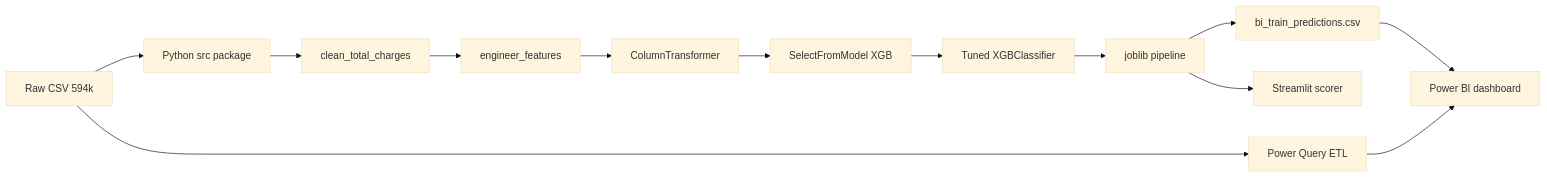
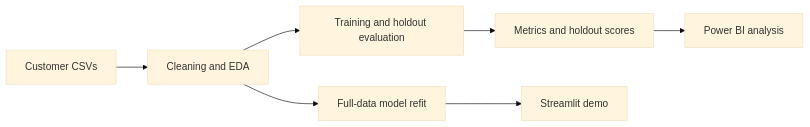
The diagram in README.md (Rickylam0303/enterprise-customer-churn), drawn with Mermaid (base theme) before and after one commit. The commit also changed other lines of this file and 61 other files, not shown here.

First line of the commit message:
Improve churn portfolio evaluation, dashboard and documentation

````diff
--- a/README.md
+++ b/README.md
@@ -40,15 +49,9 @@
 ```mermaid
 flowchart LR
-  raw[Raw CSV 594k] --> pq[Power Query ETL]
-  raw --> py[Python src package]
-  py --> clean[clean_total_charges]
-  clean --> eng[engineer_features]
-  eng --> prep[ColumnTransformer]
-  prep --> select[SelectFromModel XGB]
-  select --> clf[Tuned XGBClassifier]
-  clf --> artifact[joblib pipeline]
-  artifact --> streamlit[Streamlit scorer]
-  artifact --> csv[bi_train_predictions.csv]
-  csv --> pbi[Power BI dashboard]
-  pq --> pbi
+  A[Customer CSVs] --> B[Cleaning and EDA]
+  B --> C[Training and holdout evaluation]
+  C --> D[Metrics and holdout scores]
+  D --> E[Power BI analysis]
+  B --> F[Full-data model refit]
+  F --> G[Streamlit demo]
 ```
````
